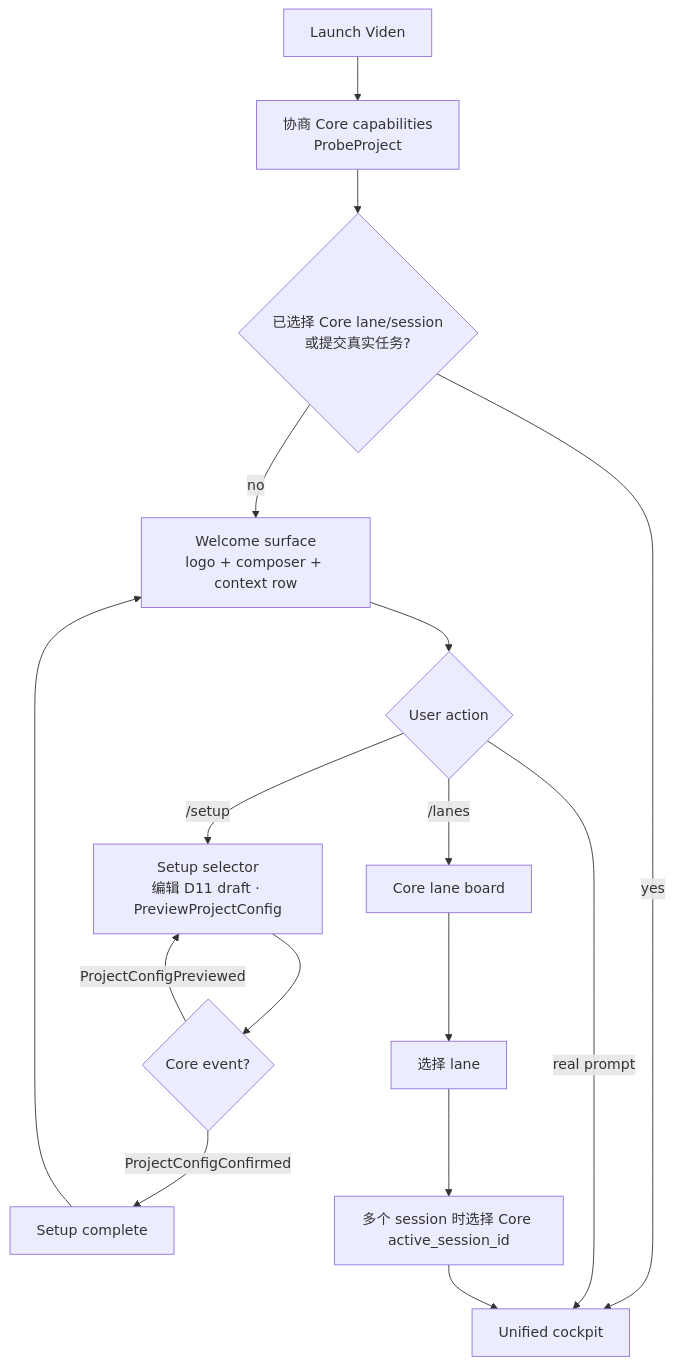
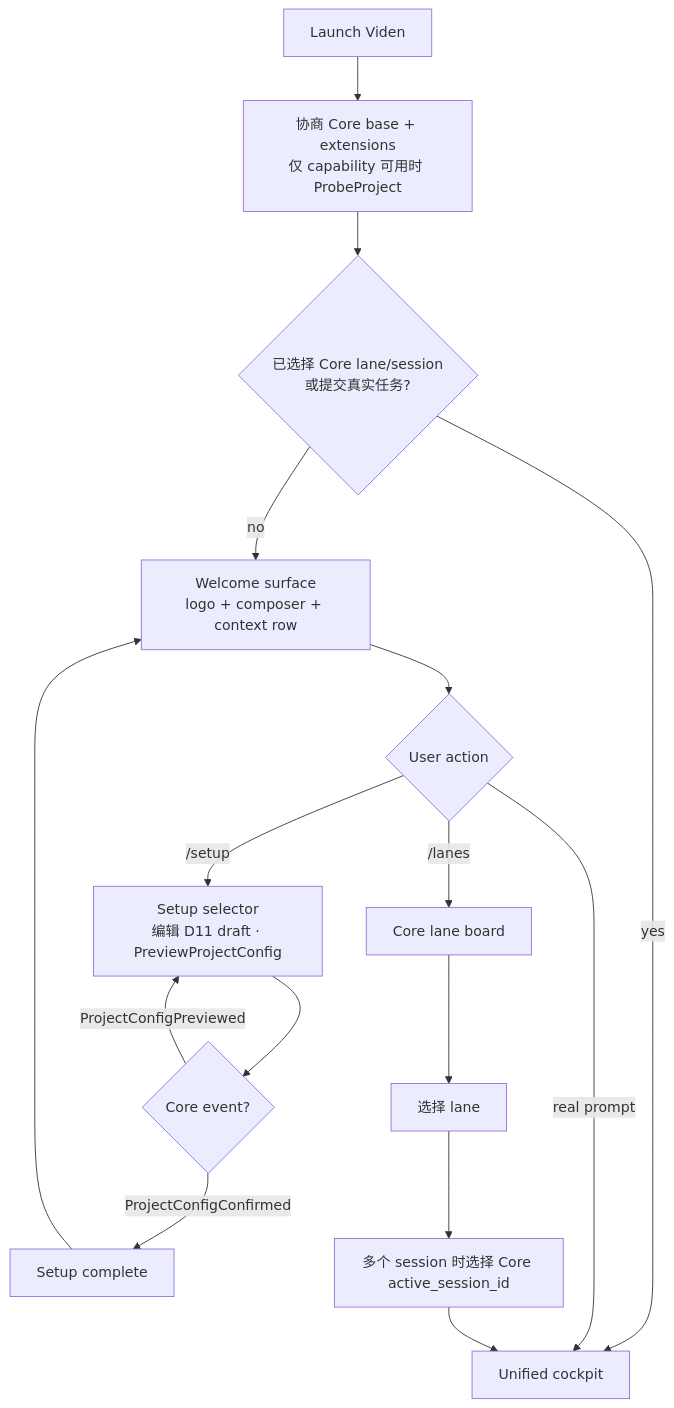
The fourth of 10 diagrams in docs/tui-interaction-flow-design.zh-CN.md (wikieden/robocode), drawn with Mermaid before and after one commit. The commit also changed other lines of this file and 20 other files, not shown here.

````diff
--- a/docs/tui-interaction-flow-design.zh-CN.md
+++ b/docs/tui-interaction-flow-design.zh-CN.md
@@ -153,20 +169,20 @@
 ```mermaid
 flowchart TD
-    A["Launch Viden"] --> B["协商 Core capabilities<br/>ProbeProject"]
+    A["Launch Viden"] --> B["协商 Core base + extensions<br/>仅 capability 可用时 ProbeProject"]
     B --> C{"已选择 Core lane/session<br/>或提交真实任务?"}
     C -->|no| D["Welcome surface<br/>logo + composer + context row"]
     C -->|yes| E["Unified cockpit"]
 
     D --> F{"User action"}
     F -->|/setup| G["Setup selector<br/>编辑 D11 draft · PreviewProjectConfig"]
     F -->|/lanes| H["Core lane board"]
     F -->|real prompt| E
 
     G --> I{"Core event?"}
     I -->|ProjectConfigPreviewed| G
     I -->|ProjectConfigConfirmed| J["Setup complete"]
     J --> D
     H --> K["选择 lane"]
     K --> L["多个 session 时选择 Core active_session_id"]
     L --> E
 ```
````
